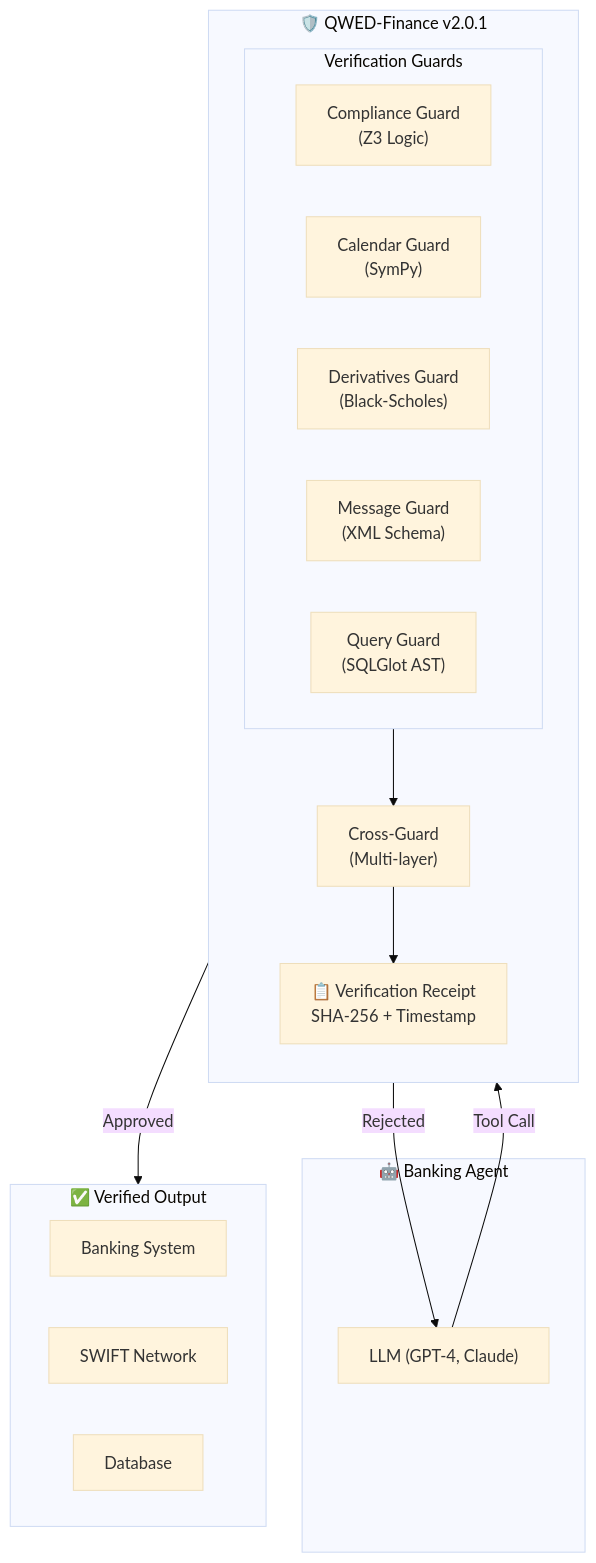
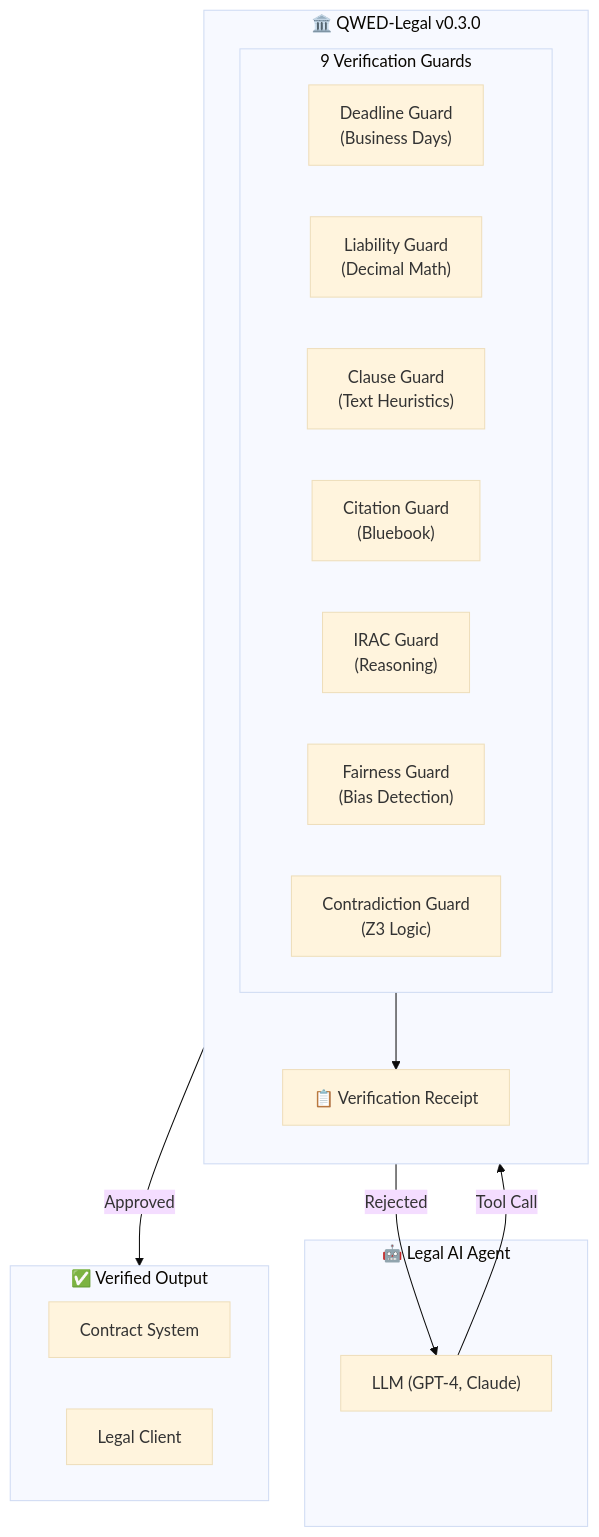
The first of 2 diagrams in fr/overview.mdx (QWED-AI/docs), drawn with Mermaid (base theme) before and after one commit. The commit also changed other lines of this file, not shown here.

````diff
--- a/fr/overview.mdx
+++ b/fr/overview.mdx
@@ -66,31 +76,30 @@
 ```mermaid
 flowchart TB
-    subgraph Agent["🤖 Banking Agent"]
+    subgraph Agent["🤖 Legal AI Agent"]
         LLM["LLM (GPT-4, Claude)"]
     end
     
-    subgraph QWED["🛡️ QWED-Finance v2.0.1"]
+    subgraph QWED["🏛️ QWED-Legal v0.3.0"]
         direction TB
-        subgraph Guards["Verification Guards"]
-            CG["Compliance Guard<br/>(Z3 Logic)"]
-            CAL["Calendar Guard<br/>(SymPy)"]
-            DG["Derivatives Guard<br/>(Black-Scholes)"]
-            MG["Message Guard<br/>(XML Schema)"]
-            QG["Query Guard<br/>(SQLGlot AST)"]
+        subgraph Guards["9 Verification Guards"]
+            DG["Deadline Guard<br/>(Business Days)"]
+            LG["Liability Guard<br/>(Decimal Math)"]
+            CG["Clause Guard<br/>(Text Heuristics)"]
+            CTG["Citation Guard<br/>(Bluebook)"]
+            IG["IRAC Guard<br/>(Reasoning)"]
+            FG["Fairness Guard<br/>(Bias Detection)"]
+            CDG["Contradiction Guard<br/>(Z3 Logic)"]
         end
-        XG["Cross-Guard<br/>(Multi-layer)"]
-        Receipt["📋 Verification Receipt<br/>SHA-256 + Timestamp"]
+        Receipt["📋 Verification Receipt"]
     end
     
     subgraph Output["✅ Verified Output"]
-        Bank["Banking System"]
-        SWIFT["SWIFT Network"]
-        DB["Database"]
+        Contract["Contract System"]
+        Client["Legal Client"]
     end
     
     LLM -->|"Tool Call"| Guards
-    Guards --> XG
-    XG --> Receipt
+    Guards --> Receipt
     Receipt -->|"Approved"| Output
     Receipt -->|"Rejected"| LLM
 ```
````
